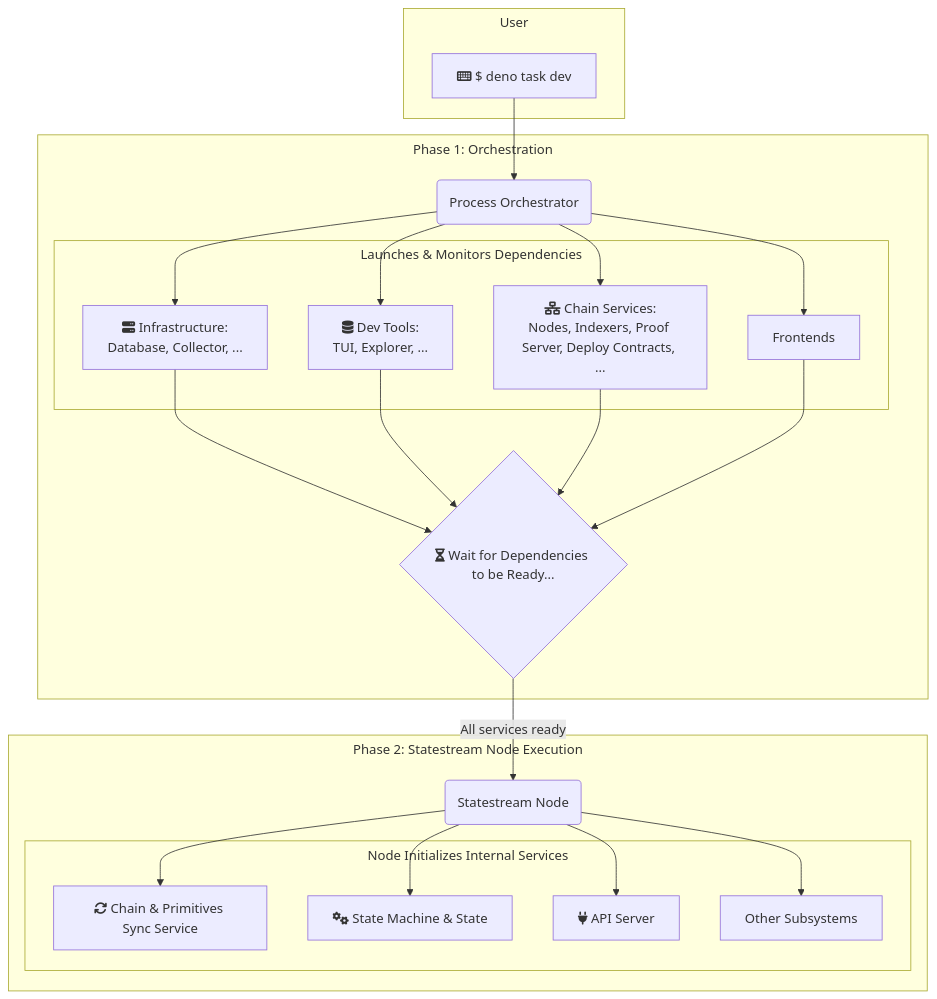
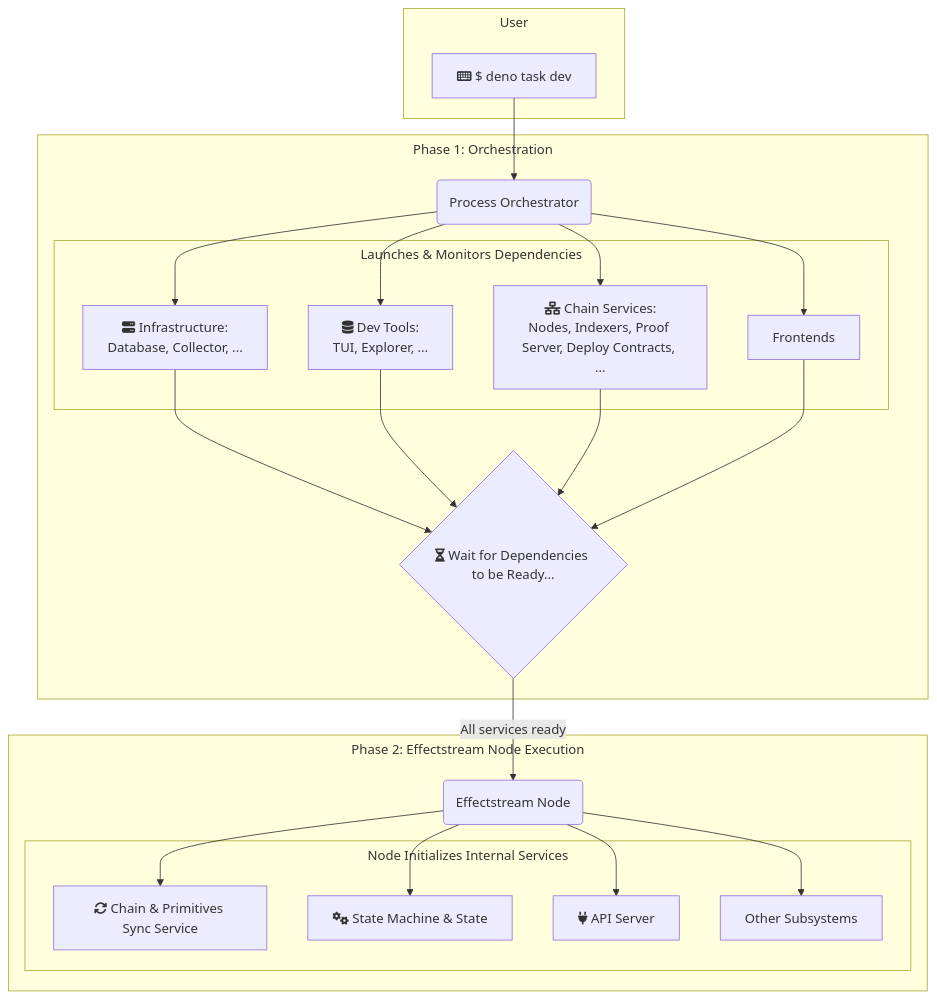
The diagram in docs/site/docs/home/10-quickstart/10-quickstart.md (effectstream/effectstream), drawn with Mermaid before and after one commit. The commit also changed other lines of this file and 600 other files, not shown here.

````diff
--- a/docs/site/docs/home/10-quickstart/10-quickstart.md
+++ b/docs/site/docs/home/10-quickstart/10-quickstart.md
@@ -90,53 +90,53 @@
 ```mermaid
 ---
 config:
   flowchart:
     subGraphTitleMargin:
       top: 5
       bottom: 25
 ---
 graph TD
     subgraph "User"
         A["fa:fa-keyboard $ deno task dev"]
     end
 
     subgraph "Phase 1: Orchestration"
         B(Process Orchestrator)
         subgraph "Launches & Monitors Dependencies"
 
             C[fa:fa-server Infrastructure:<br/>Database, Collector, ...]
             D[fa:fa-database Dev Tools:<br/>TUI, Explorer, ...]
             E[fa:fa-network-wired Chain Services:<br/>Nodes, Indexers, Proof Server, Deploy Contracts, ...]
             F[Frontends]
         end
         G{fa:fa-hourglass-half Wait for Dependencies to be Ready...}
     end
 
-    subgraph "Phase 2: Statestream Node Execution"
-        H(Statestream Node)
+    subgraph "Phase 2: Effectstream Node Execution"
+        H(Effectstream Node)
         subgraph "Node Initializes Internal Services"
             I[fa:fa-sync Chain & Primitives Sync Service]
             J[fa:fa-cogs State Machine & State]
             K[fa:fa-plug API Server]
             L[Other Subsystems]
         end
     end
 
     A --> B;
     B --> C;
     B --> D;
     B --> E;
     B --> F;
 
     C --> G;
     D --> G;
     E --> G;
     F --> G;
 
     G -- All services ready --> H;
 
     H --> L;
     H --> I;
     H --> J;
     H --> K;
 ```
````
